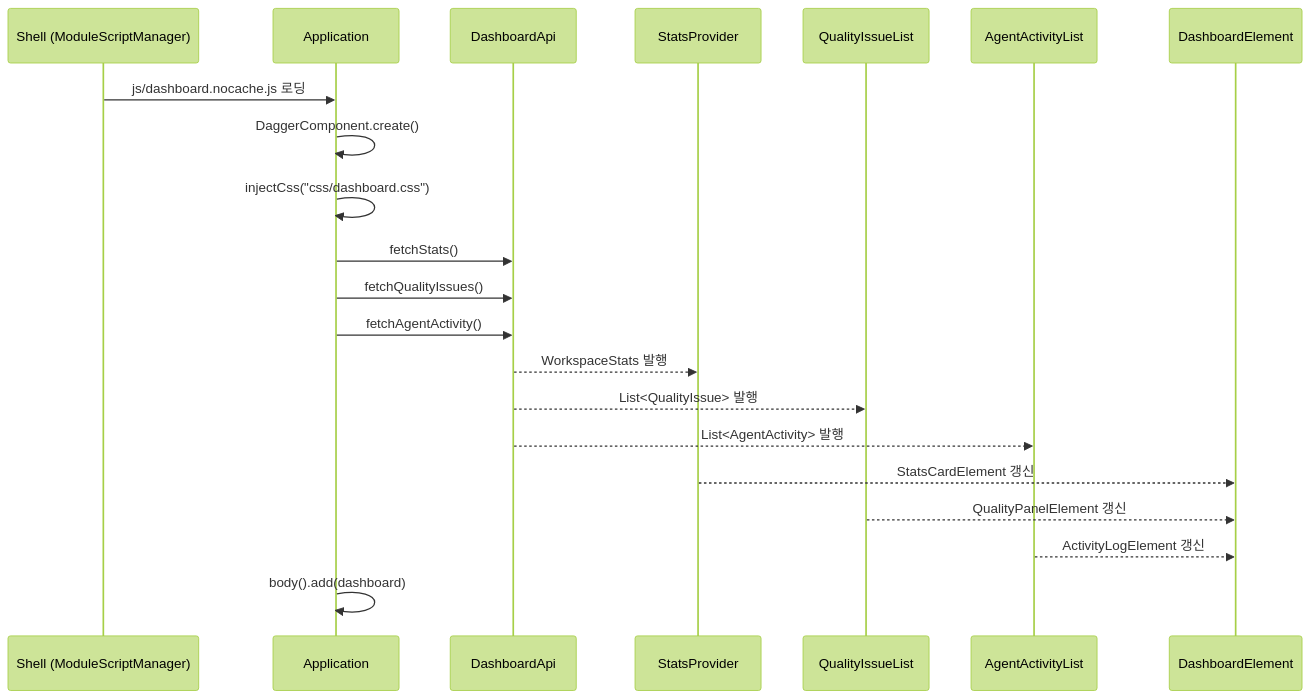
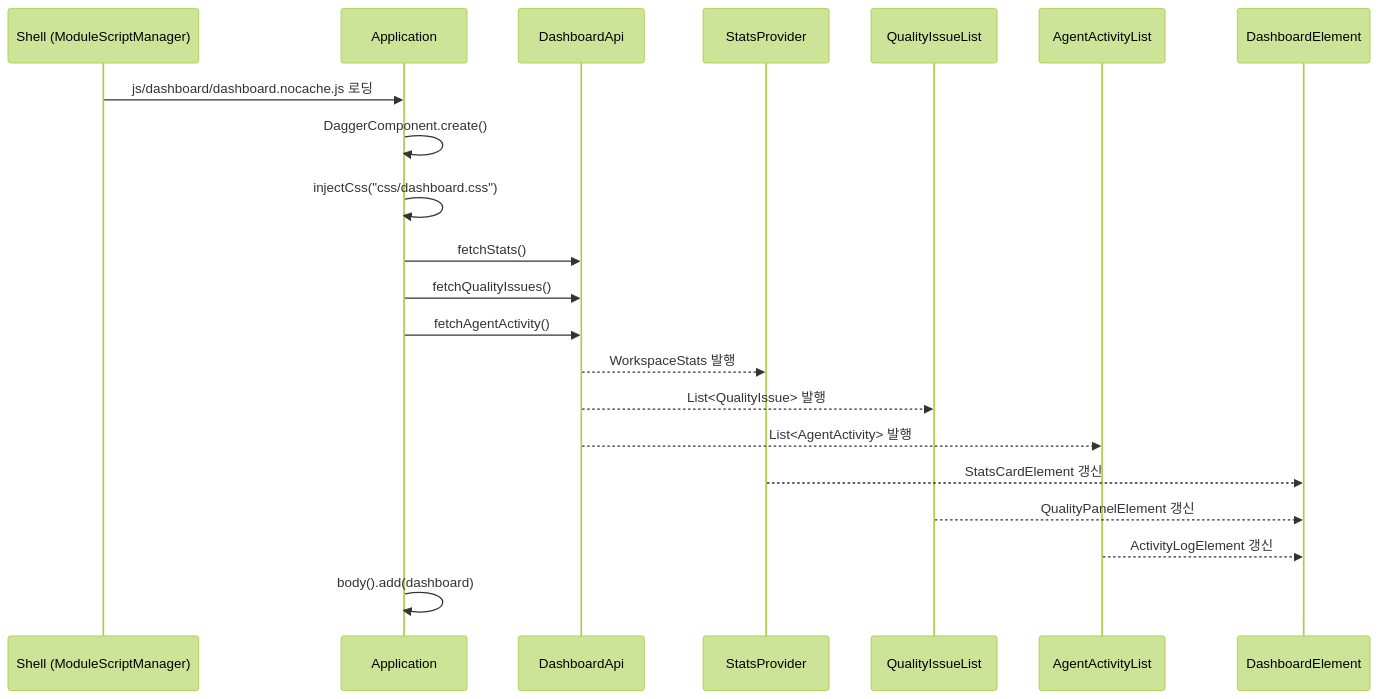
Before and after one commit to sayaya1090/handbook: the first of 3 diagrams in dashboard-ui/USECASE.md, drawn with Mermaid (forest theme). The commit also changed other lines of this file and 11 other files, not shown here.

````diff
--- a/dashboard-ui/USECASE.md
+++ b/dashboard-ui/USECASE.md
@@ -5,24 +5,24 @@
 ```mermaid
 sequenceDiagram
     participant Shell as Shell (ModuleScriptManager)
     participant App as Application
     participant API as DashboardApi
     participant SP as StatsProvider
     participant QIL as QualityIssueList
     participant AAL as AgentActivityList
     participant Dash as DashboardElement
 
-    Shell->>App: js/dashboard.nocache.js 로딩
+    Shell->>App: js/dashboard/dashboard.nocache.js 로딩
     App->>App: DaggerComponent.create()
     App->>App: injectCss("css/dashboard.css")
     App->>API: fetchStats()
     App->>API: fetchQualityIssues()
     App->>API: fetchAgentActivity()
     API-->>SP: WorkspaceStats 발행
     API-->>QIL: List<QualityIssue> 발행
     API-->>AAL: List<AgentActivity> 발행
     SP-->>Dash: StatsCardElement 갱신
     QIL-->>Dash: QualityPanelElement 갱신
     AAL-->>Dash: ActivityLogElement 갱신
     App->>App: body().add(dashboard)
 ```
````
